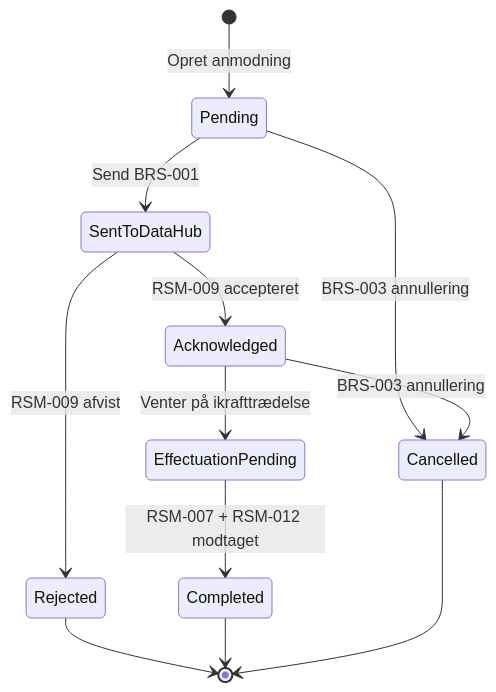
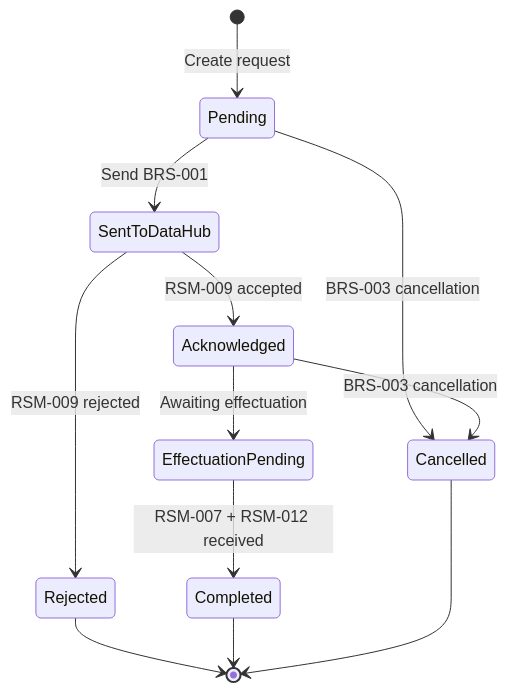
The ninth of 10 diagrams in docs/datahub3-class-diagram.md (kloppnr1/Wattzon), drawn with Mermaid before and after one commit. The commit also changed other lines of this file and 9 other files, not shown here.

````diff
--- a/docs/datahub3-class-diagram.md
+++ b/docs/datahub3-class-diagram.md
@@ -591,14 +591,14 @@
 ```mermaid
 stateDiagram-v2
-    [*] --> Pending : Opret anmodning
+    [*] --> Pending : Create request
     Pending --> SentToDataHub : Send BRS-001
-    SentToDataHub --> Acknowledged : RSM-009 accepteret
-    SentToDataHub --> Rejected : RSM-009 afvist
-    Acknowledged --> EffectuationPending : Venter på ikrafttrædelse
-    EffectuationPending --> Completed : RSM-007 + RSM-012 modtaget
-    Pending --> Cancelled : BRS-003 annullering
-    Acknowledged --> Cancelled : BRS-003 annullering
+    SentToDataHub --> Acknowledged : RSM-009 accepted
+    SentToDataHub --> Rejected : RSM-009 rejected
+    Acknowledged --> EffectuationPending : Awaiting effectuation
+    EffectuationPending --> Completed : RSM-007 + RSM-012 received
+    Pending --> Cancelled : BRS-003 cancellation
+    Acknowledged --> Cancelled : BRS-003 cancellation
     Rejected --> [*]
     Completed --> [*]
     Cancelled --> [*]
 ```
````
